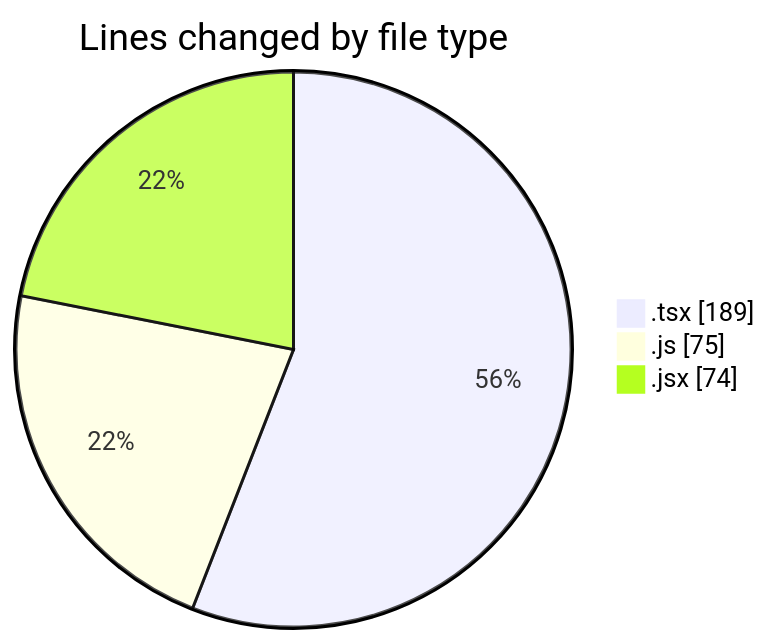
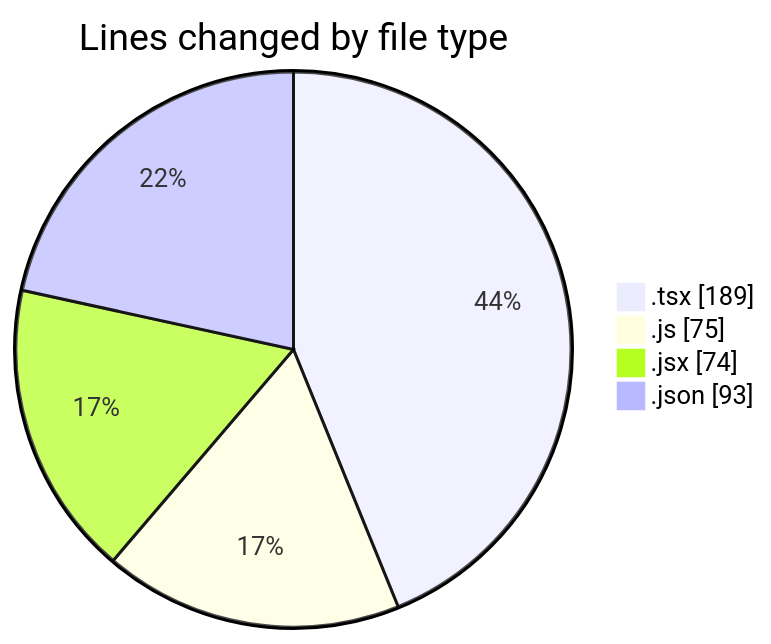
Before and after one commit to momahboobian/code-tracking: the first of 2 diagrams in 2025-05-08/cda/README.md, drawn with Mermaid. The commit also changed other lines of this file and 1 other file, not shown here.

````diff
--- a/2025-05-08/cda/README.md
+++ b/2025-05-08/cda/README.md
@@ -23,7 +24,8 @@
 ```mermaid
 pie showData
 title Lines changed by file type
 ".tsx" : 189
 ".js" : 75
 ".jsx" : 74
+".json" : 93
 ```
````
